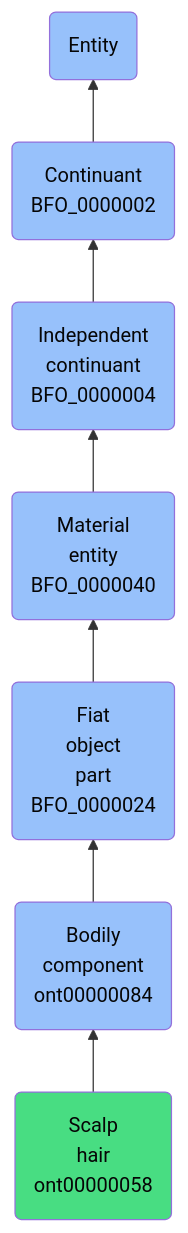
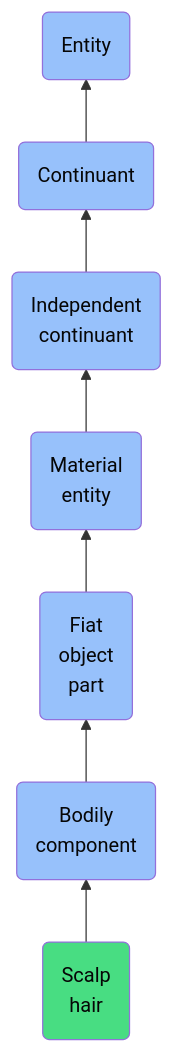
The diagram in docs/ontology/reference/model/Entity/Continuant/Independent continuant/Material entity/Fiat object part/Bodily component/Scalp hair/Scalp hair.md (jupyter-naas/abi), drawn with Mermaid before and after one commit. The commit also changed other lines of this file and 1430 other files, not shown here.

````diff
--- a/docs/ontology/reference/model/Entity/Continuant/Independent continuant/Material entity/Fiat object part/Bodily component/Scalp hair/Scalp hair.md
+++ b/docs/ontology/reference/model/Entity/Continuant/Independent continuant/Material entity/Fiat object part/Bodily component/Scalp hair/Scalp hair.md
@@ -24,14 +24,14 @@
 ```mermaid
 graph BT
-    ont00000058(Scalp<br>hair<br>ont00000058):::ABI-->ont00000084
-    ont00000084(Bodily<br>component<br>ont00000084):::BFO-->BFO_0000024
-    BFO_0000024(Fiat<br>object<br>part<br>BFO_0000024):::BFO-->BFO_0000040
-    BFO_0000040(Material<br>entity<br>BFO_0000040):::BFO-->BFO_0000004
-    BFO_0000004(Independent<br>continuant<br>BFO_0000004):::BFO-->BFO_0000002
-    BFO_0000002(Continuant<br>BFO_0000002):::BFO-->BFO_0000001
+    ont00000058(Scalp<br>hair):::ABI-->ont00000084
+    ont00000084(Bodily<br>component):::BFO-->BFO_0000024
+    BFO_0000024(Fiat<br>object<br>part):::BFO-->BFO_0000040
+    BFO_0000040(Material<br>entity):::BFO-->BFO_0000004
+    BFO_0000004(Independent<br>continuant):::BFO-->BFO_0000002
+    BFO_0000002(Continuant):::BFO-->BFO_0000001
     BFO_0000001(Entity):::BFO
     
     classDef BFO fill:#97c1fb,color:#060606
     classDef CCO fill:#e4c51e,color:#060606
     classDef ABI fill:#48DD82,color:#060606
 ```
````
